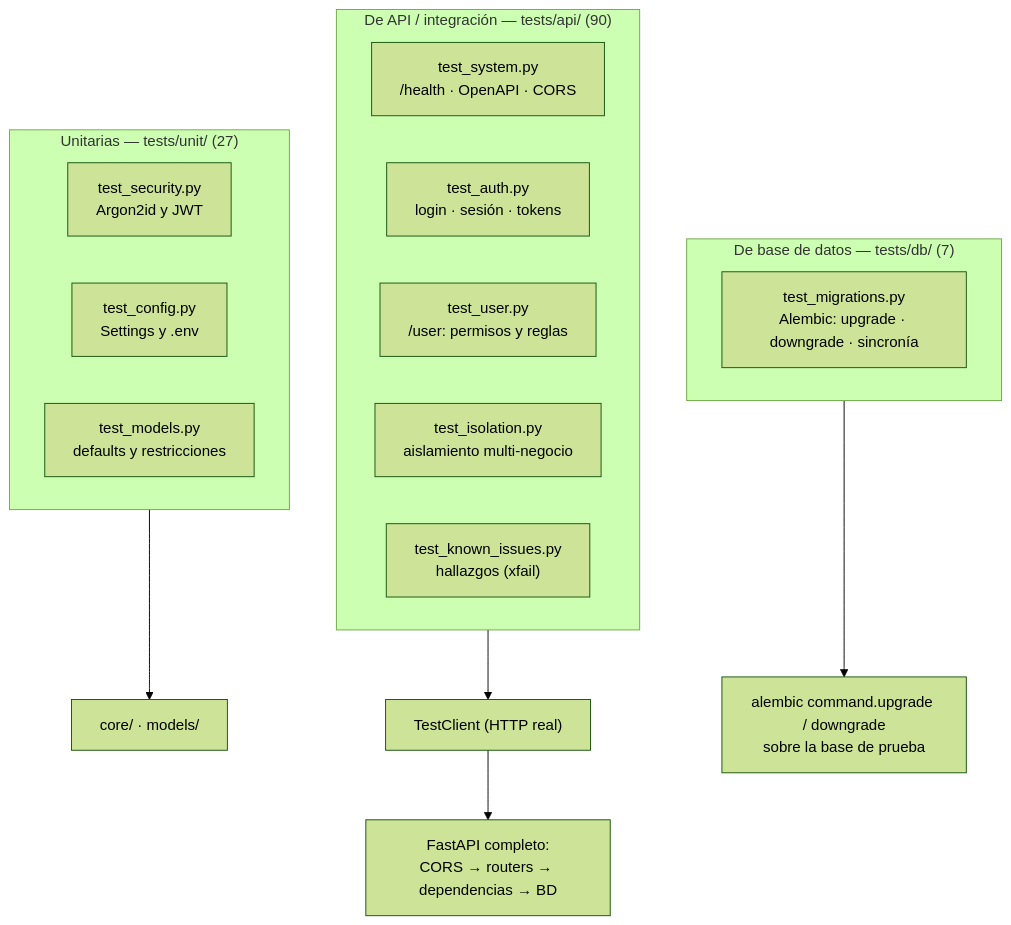
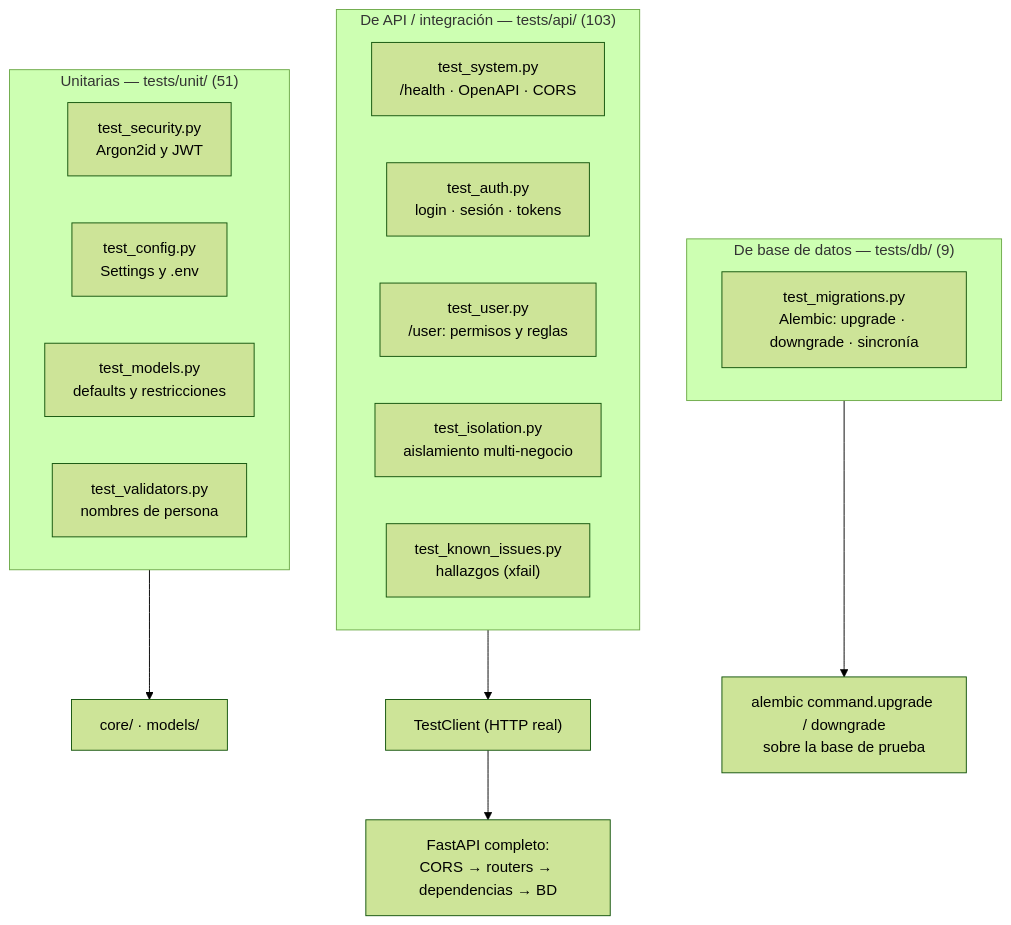
Before and after one commit to AGA-Studio/Member-Web: the second of 8 diagrams in docs/TESTING.md, drawn with Mermaid (forest theme). The commit also changed other lines of this file, not shown here.

````diff
--- a/docs/TESTING.md
+++ b/docs/TESTING.md
@@ -104,24 +106,25 @@
 ```mermaid
 flowchart TB
-    subgraph UNIT["Unitarias — tests/unit/ (27)"]
+    subgraph UNIT["Unitarias — tests/unit/ (51)"]
         U1["test_security.py<br/>Argon2id y JWT"]
         U2["test_config.py<br/>Settings y .env"]
         U3["test_models.py<br/>defaults y restricciones"]
+        U4["test_validators.py<br/>nombres de persona"]
     end
 
-    subgraph API["De API / integración — tests/api/ (90)"]
+    subgraph API["De API / integración — tests/api/ (103)"]
         A1["test_system.py<br/>/health · OpenAPI · CORS"]
         A2["test_auth.py<br/>login · sesión · tokens"]
         A3["test_user.py<br/>/user: permisos y reglas"]
         A4["test_isolation.py<br/>aislamiento multi-negocio"]
         A5["test_known_issues.py<br/>hallazgos (xfail)"]
     end
 
-    subgraph DBT["De base de datos — tests/db/ (7)"]
+    subgraph DBT["De base de datos — tests/db/ (9)"]
         D1["test_migrations.py<br/>Alembic: upgrade · downgrade · sincronía"]
     end
 
     UNIT --> CODE["core/ · models/"]
     API --> HTTP["TestClient (HTTP real)"] --> APP["FastAPI completo:<br/>CORS → routers → dependencias → BD"]
     DBT --> ALE["alembic command.upgrade / downgrade<br/>sobre la base de prueba"]
 ```
````
